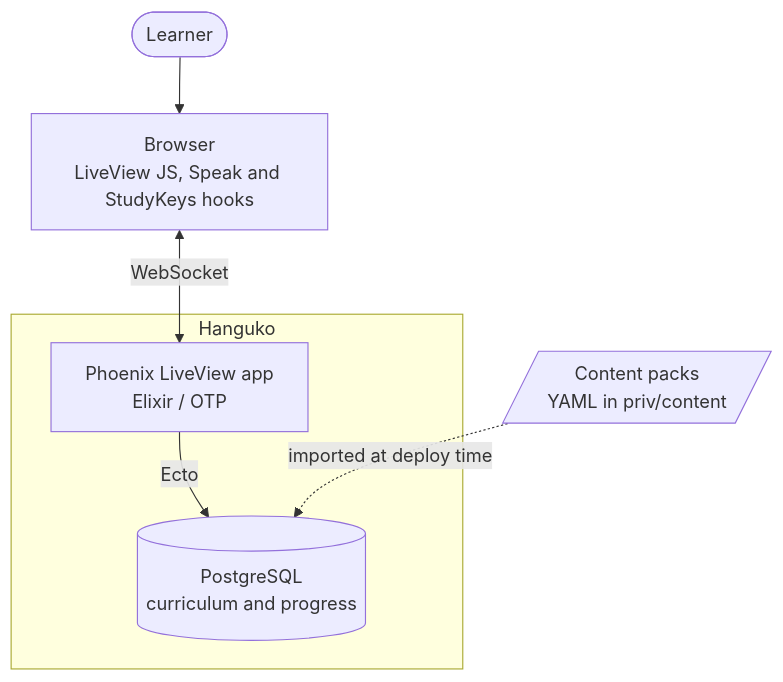
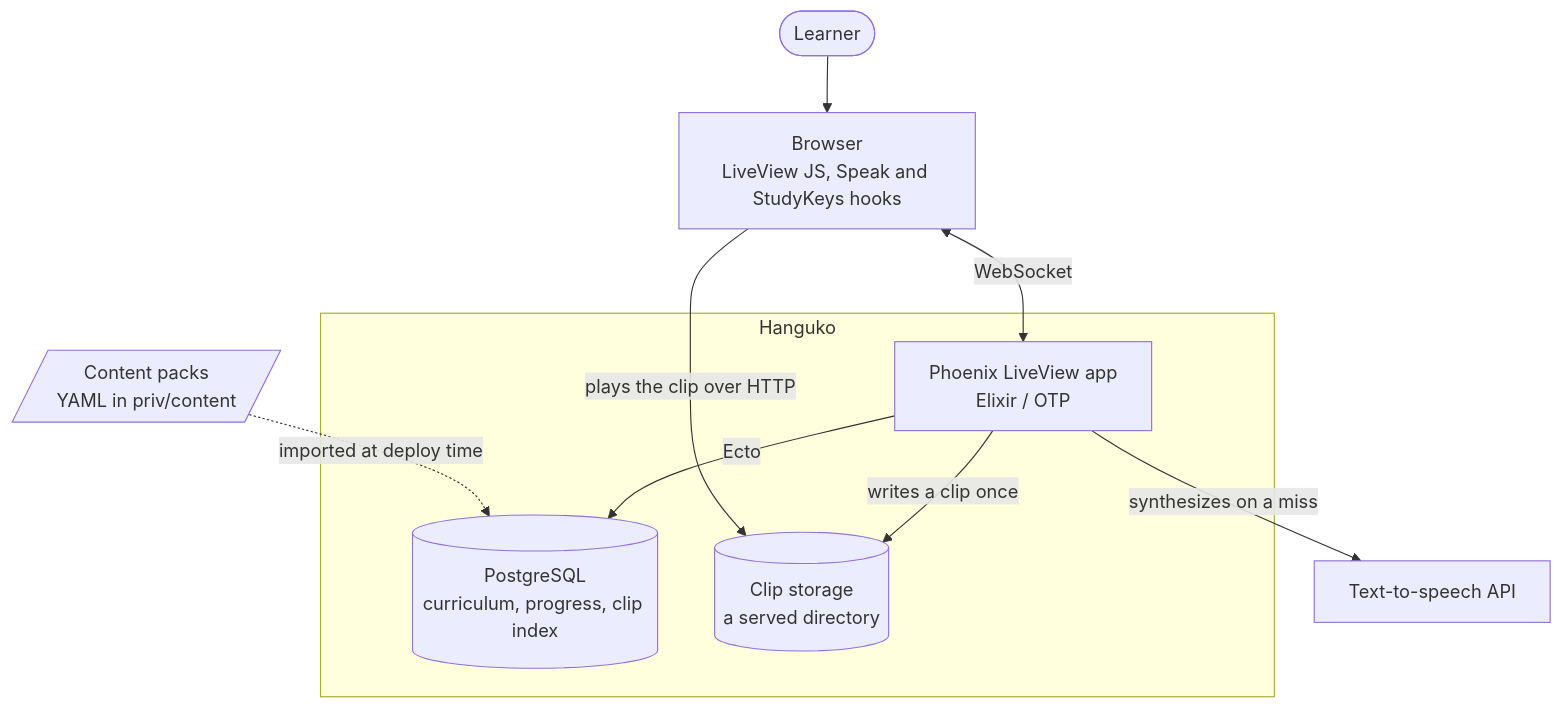
Before and after one commit to dylangleason/hanguko: the second of 4 diagrams in guides/architecture.md, drawn with Mermaid. The commit also changed other lines of this file and 56 other files, not shown here.

````diff
--- a/guides/architecture.md
+++ b/guides/architecture.md
@@ -42,17 +47,22 @@
 ```mermaid
 flowchart TB
   learner([Learner])
 
   subgraph hanguko[Hanguko]
     web["Phoenix LiveView app<br/>Elixir / OTP"]
-    db[("PostgreSQL<br/>curriculum and progress")]
+    db[("PostgreSQL<br/>curriculum, progress, clip index")]
+    clips[("Clip storage<br/>a served directory")]
   end
 
   packs[/"Content packs<br/>YAML in priv/content"/]
   browser["Browser<br/>LiveView JS, Speak and StudyKeys hooks"]
+  tts["Text-to-speech API"]
 
   learner --> browser
   browser <-->|WebSocket| web
   web -->|Ecto| db
+  web -->|"writes a clip once"| clips
+  web -->|"synthesizes on a miss"| tts
+  browser -->|"plays the clip over HTTP"| clips
   packs -.->|"imported at deploy time"| db
 ```
````
